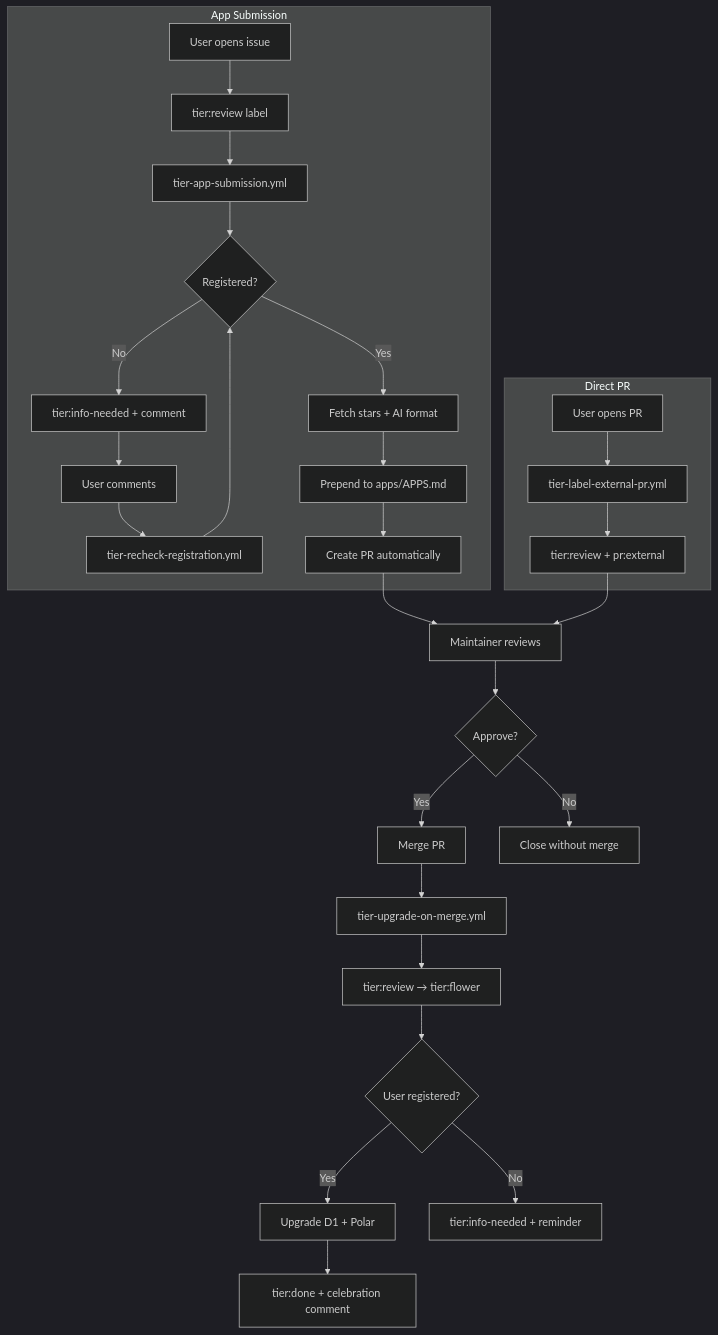
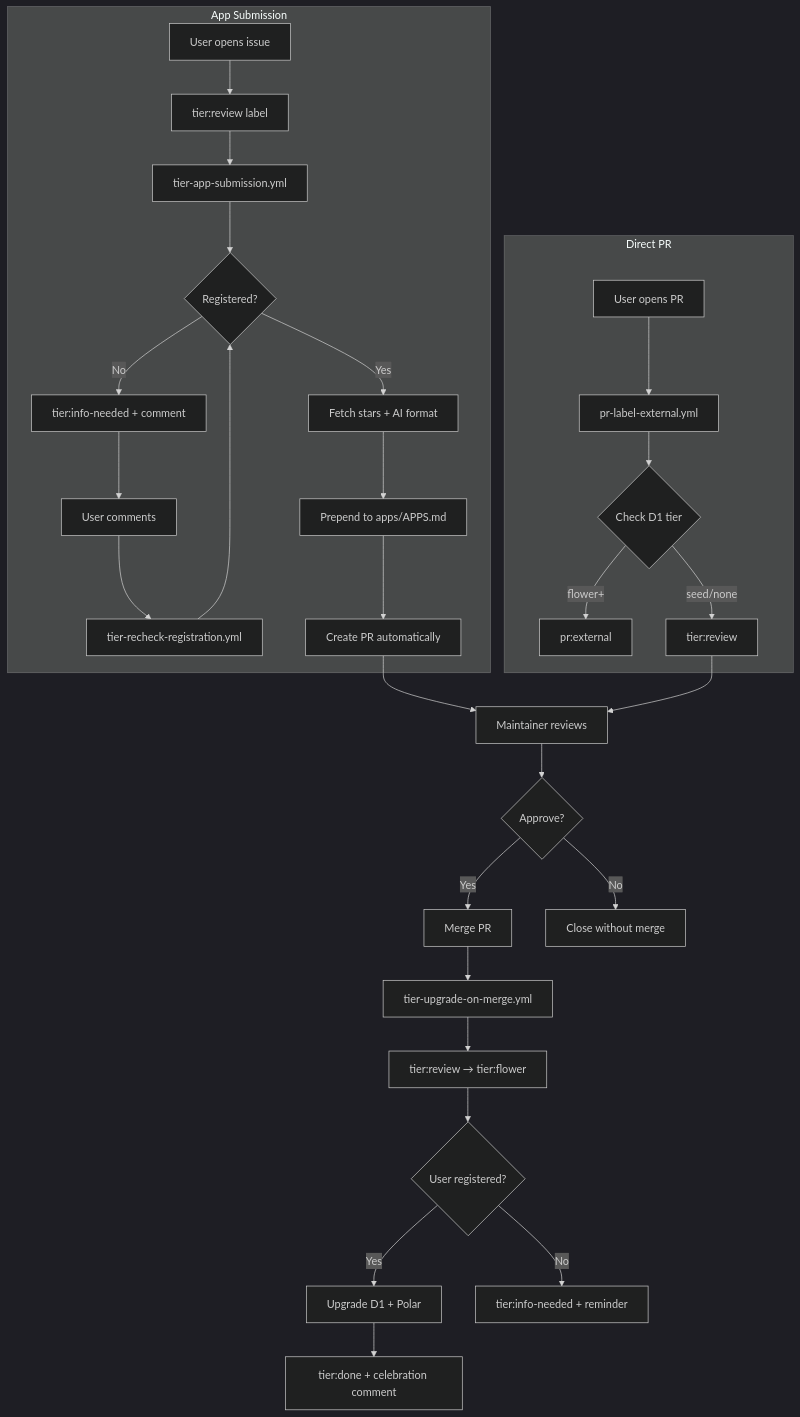
Before and after one commit to pollinations/pollinations: the ninth of 9 diagrams in .github/workflows/README.md, drawn with Mermaid. The commit also changed other lines of this file and 2 other files, not shown here.

First line of the commit message:
fix: consolidate PR labeling with D1 tier check

````diff
--- a/.github/workflows/README.md
+++ b/.github/workflows/README.md
@@ -269,35 +270,37 @@
 ```mermaid
 %%{init: {'theme': 'dark'}}%%
 flowchart TD
     subgraph APP["App Submission"]
         A1[User opens issue] --> A2[tier:review label]
         A2 --> A3[tier-app-submission.yml]
         A3 --> A4{Registered?}
         A4 -->|No| A5[tier:info-needed + comment]
         A5 --> A6[User comments]
         A6 --> A7[tier-recheck-registration.yml]
         A7 --> A4
         A4 -->|Yes| A8[Fetch stars + AI format]
         A8 --> A9[Prepend to apps/APPS.md]
         A9 --> A10[Create PR automatically]
     end
 
     subgraph PR["Direct PR"]
-        B1[User opens PR] --> B2[tier-label-external-pr.yml]
-        B2 --> B3[tier:review + pr:external]
+        B1[User opens PR] --> B2[pr-label-external.yml]
+        B2 --> B3{Check D1 tier}
+        B3 -->|flower+| B4[pr:external]
+        B3 -->|seed/none| B5[tier:review]
     end
 
     A10 --> C[Maintainer reviews]
-    B3 --> C
+    B5 --> C
 
     C --> D{Approve?}
     D -->|Yes| E[Merge PR]
     D -->|No| F[Close without merge]
 
     E --> G[tier-upgrade-on-merge.yml]
     G --> G1[tier:review → tier:flower]
     G1 --> I{User registered?}
     I -->|Yes| J[Upgrade D1 + Polar]
     J --> K[tier:done + celebration comment]
     I -->|No| L[tier:info-needed + reminder]
 ```
````
